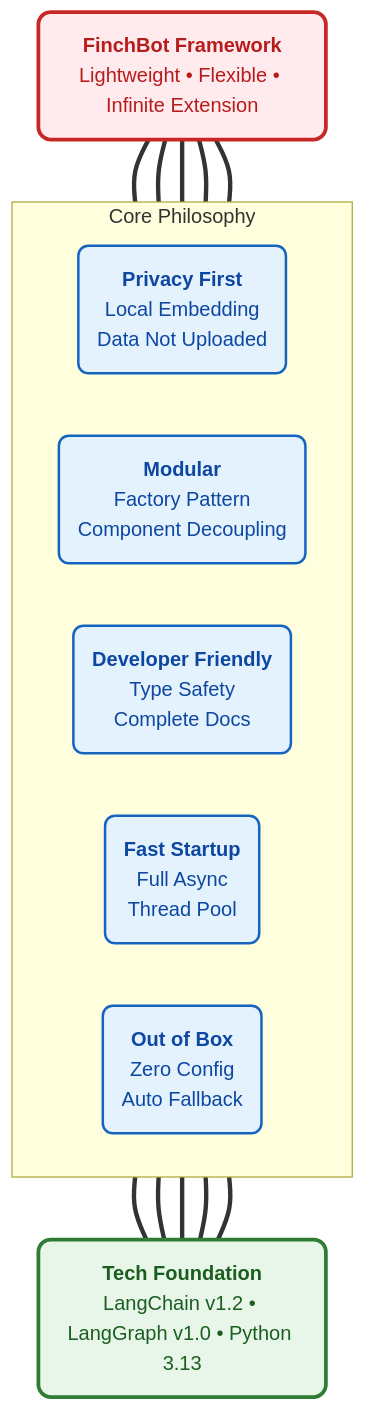
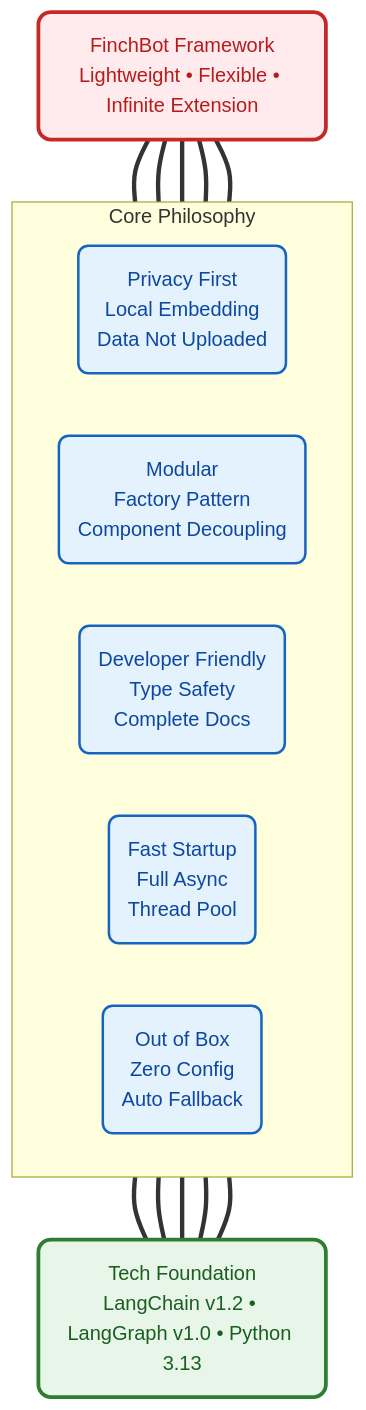
The first of 8 diagrams in docs/en-US/blog/finchbot-flexible-ai-agent-framework.md (xt765/FinchBot), drawn with Mermaid before and after one commit. The commit also changed other lines of this file, not shown here.

````diff
--- a/docs/en-US/blog/finchbot-flexible-ai-agent-framework.md
+++ b/docs/en-US/blog/finchbot-flexible-ai-agent-framework.md
@@ -66,22 +67,22 @@
 ```mermaid
 graph BT
     classDef roof fill:#ffebee,stroke:#c62828,stroke-width:3px,color:#b71c1c,rx:10,ry:10;
     classDef pillar fill:#e3f2fd,stroke:#1565c0,stroke-width:2px,color:#0d47a1,rx:8,ry:8;
     classDef base fill:#e8f5e9,stroke:#2e7d32,stroke-width:3px,color:#1b5e20,rx:10,ry:10;
 
-    Roof("<b>FinchBot Framework</b><br/>Lightweight • Flexible • Infinite Extension"):::roof
+    Roof("FinchBot Framework<br/>Lightweight • Flexible • Infinite Extension"):::roof
 
     subgraph Pillars [Core Philosophy]
         direction LR
-        P("<b>Privacy First</b><br/>Local Embedding<br/>Data Not Uploaded"):::pillar
-        M("<b>Modular</b><br/>Factory Pattern<br/>Component Decoupling"):::pillar
-        D("<b>Developer Friendly</b><br/>Type Safety<br/>Complete Docs"):::pillar
-        S("<b>Fast Startup</b><br/>Full Async<br/>Thread Pool"):::pillar
-        O("<b>Out of Box</b><br/>Zero Config<br/>Auto Fallback"):::pillar
+        P("Privacy First<br/>Local Embedding<br/>Data Not Uploaded"):::pillar
+        M("Modular<br/>Factory Pattern<br/>Component Decoupling"):::pillar
+        D("Developer Friendly<br/>Type Safety<br/>Complete Docs"):::pillar
+        S("Fast Startup<br/>Full Async<br/>Thread Pool"):::pillar
+        O("Out of Box<br/>Zero Config<br/>Auto Fallback"):::pillar
     end
 
-    Base("<b>Tech Foundation</b><br/>LangChain v1.2 • LangGraph v1.0 • Python 3.13"):::base
+    Base("Tech Foundation<br/>LangChain v1.2 • LangGraph v1.0 • Python 3.13"):::base
 
     Base === P & M & D & S & O
     P & M & D & S & O === Roof
 ```
````
